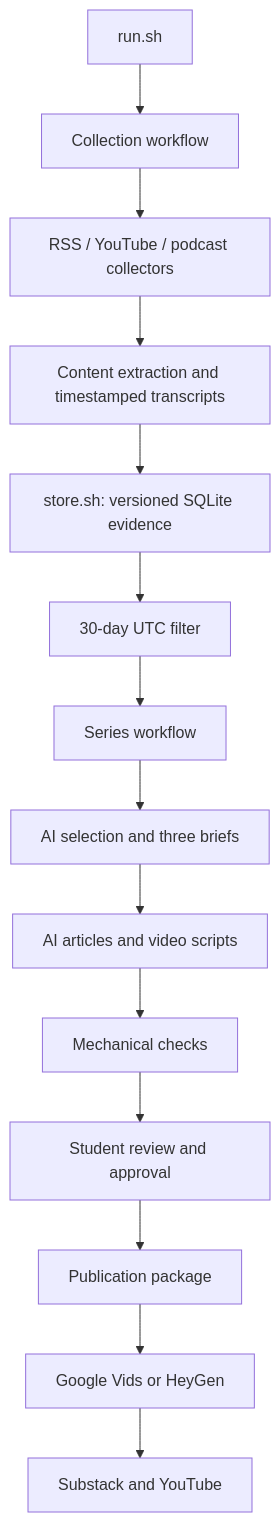
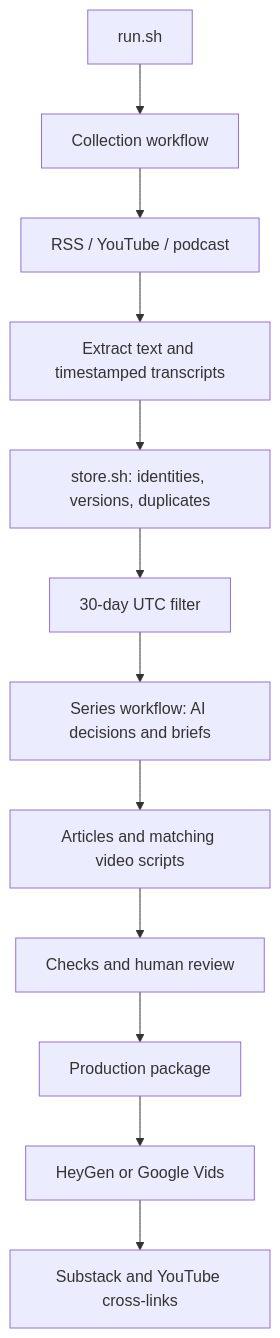
One commit to Ghaida486/ps04---Beyond-the-Target- changed the diagram in SUBMISSION.md. Above: the diagram before and after it, drawn with Mermaid. The commit also changed other lines of this file and 67 other files, not shown here.

Commit message:
Finalize PS4 publication links and retained verification evidence

````diff
--- a/SUBMISSION.md
+++ b/SUBMISSION.md
@@ -44,16 +31,14 @@
 ```mermaid
 flowchart TD
-    R[run.sh] --> C[Collection workflow]
-    C --> F[RSS / YouTube / podcast collectors]
-    F --> E[Content extraction and timestamped transcripts]
-    E --> D[store.sh: versioned SQLite evidence]
-    D --> W[30-day UTC filter]
-    W --> S[Series workflow]
-    S --> A[AI selection and three briefs]
-    A --> N[AI articles and video scripts]
-    N --> K[Mechanical checks]
-    K --> H[Student review and approval]
-    H --> P[Publication package]
-    P --> V[Google Vids or HeyGen]
-    V --> Y[Substack and YouTube]
+ A[run.sh] --> B[Collection workflow]
+ B --> C[RSS / YouTube / podcast]
+ C --> D[Extract text and timestamped transcripts]
+ D --> E[store.sh: identities, versions, duplicates]
+ E --> F[30-day UTC filter]
+ F --> G[Series workflow: AI decisions and briefs]
+ G --> H[Articles and matching video scripts]
+ H --> I[Checks and human review]
+ I --> J[Production package]
+ J --> K[HeyGen or Google Vids]
+ K --> L[Substack and YouTube cross-links]
 ```
````
